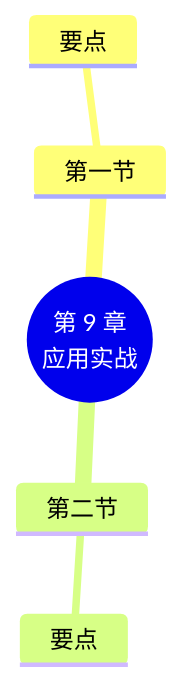
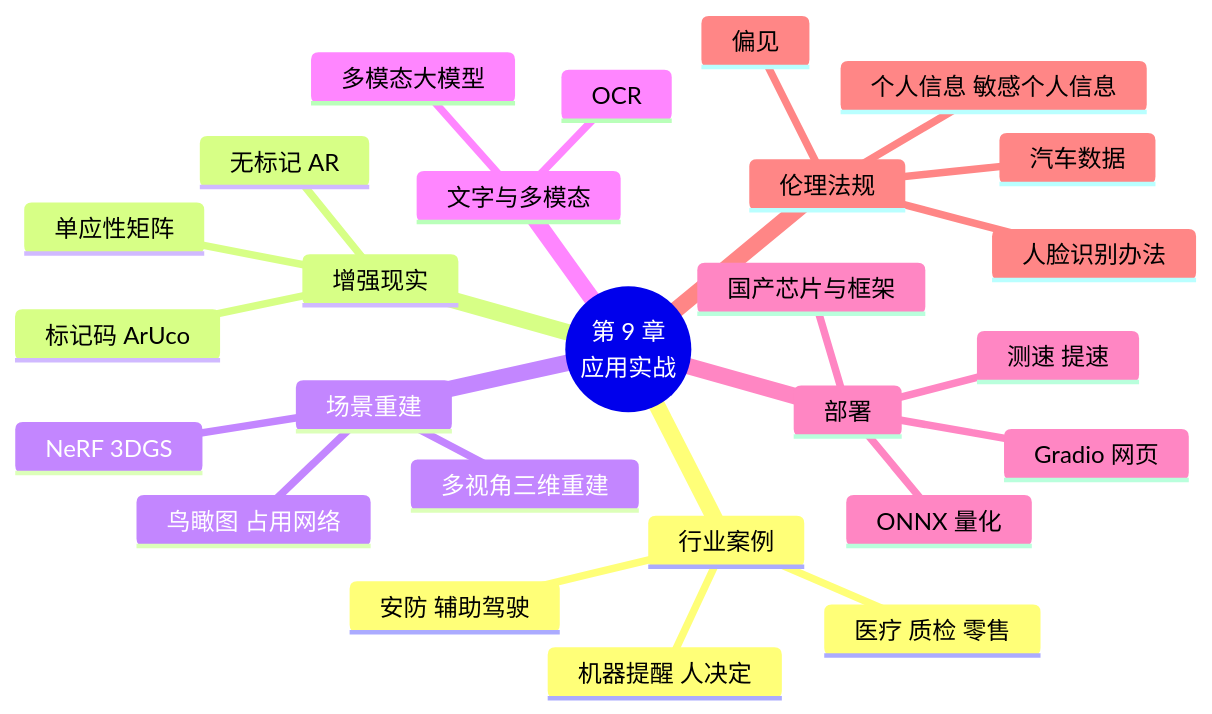
The second of 2 diagrams in docs/chapters/09-applications/index.md (MingziFu9/cv-textbook), drawn with Mermaid before and after one commit. The commit also changed other lines of this file and 23 other files, not shown here.

First line of the commit message:
第 9 章 视觉应用实战与综合项目：正文、4 个实验、增强现实贴图动画、术语

````diff
--- a/docs/chapters/09-applications/index.md
+++ b/docs/chapters/09-applications/index.md
@@ -227,8 +888,29 @@
 ```mermaid
 mindmap
   root((第 9 章<br/>应用实战))
-    第一节
-      要点
-    第二节
-      要点
+    行业案例
+      安防 辅助驾驶
+      医疗 质检 零售
+      机器提醒 人决定
+    增强现实
+      标记码 ArUco
+      单应性矩阵
+      无标记 AR
+    场景重建
+      多视角三维重建
+      NeRF 3DGS
+      鸟瞰图 占用网络
+    文字与多模态
+      OCR
+      多模态大模型
+    部署
+      Gradio 网页
+      测速 提速
+      ONNX 量化
+      国产芯片与框架
+    伦理法规
+      个人信息 敏感个人信息
+      人脸识别办法
+      汽车数据
+      偏见
 ```
````
